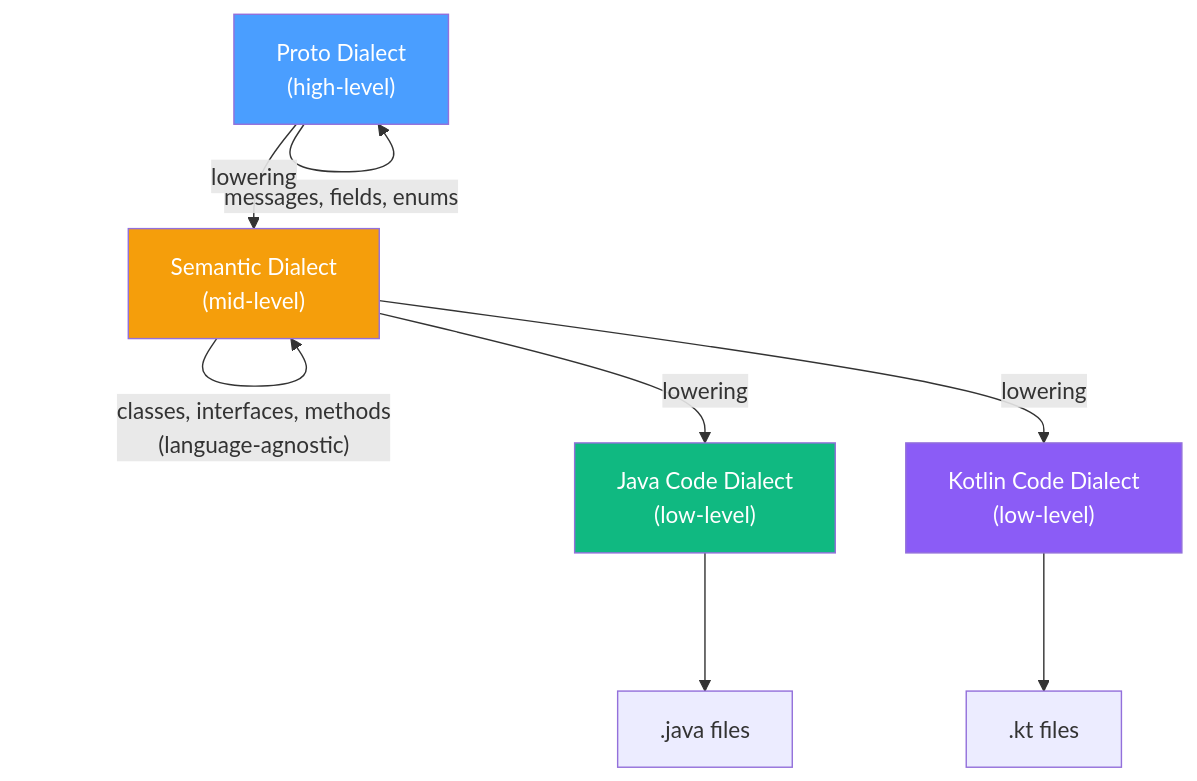
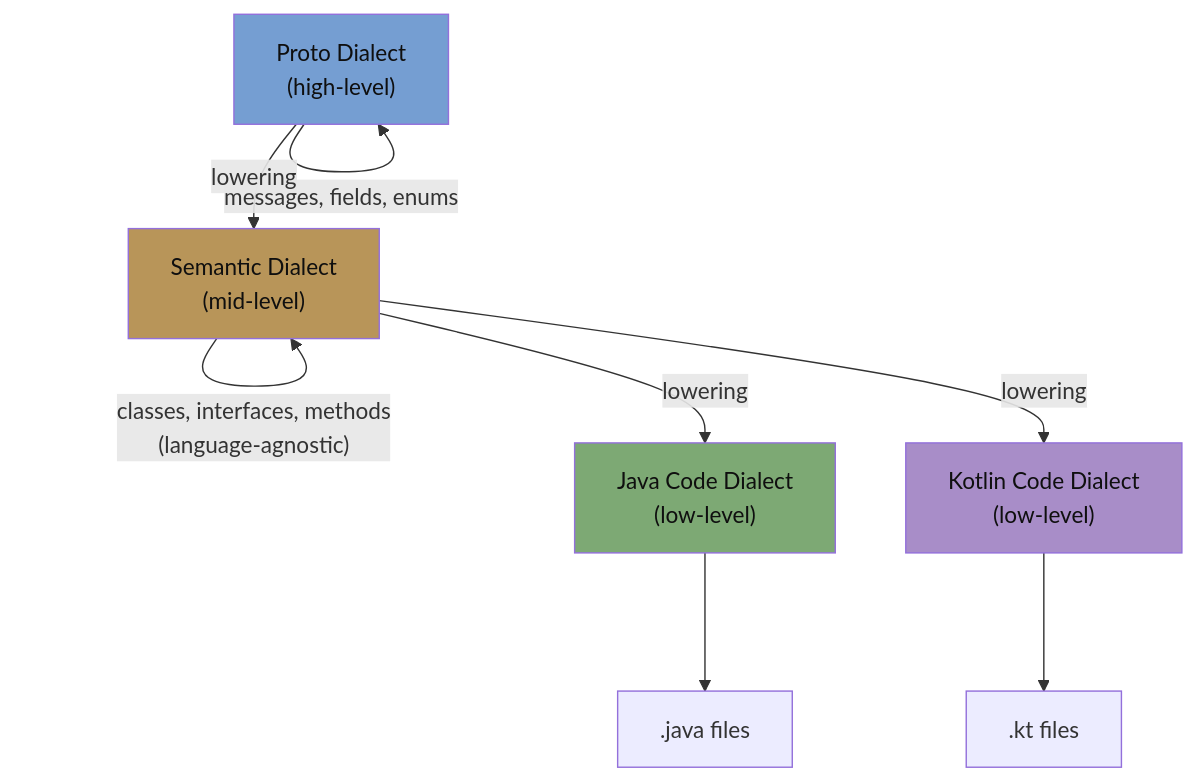
One commit to alnovis/nebula changed the second of 5 diagrams in content/blog/compiler-ideas-for-code-generation.md. Above: the diagram before and after it, drawn with Mermaid. The commit also changed other lines of this file and 4 other files, not shown here.

First line of the commit message:
feat(style): matched palette for diagram layers and the CDN page

````diff
--- a/content/blog/compiler-ideas-for-code-generation.md
+++ b/content/blog/compiler-ideas-for-code-generation.md
@@ -52,22 +52,22 @@
 ```mermaid
 flowchart TB
     P["Proto Dialect\n(high-level)"]
     S["Semantic Dialect\n(mid-level)"]
     JC["Java Code Dialect\n(low-level)"]
     KC["Kotlin Code Dialect\n(low-level)"]
     JF[".java files"]
     KF[".kt files"]
 
     P -- "messages, fields, enums" --> P
     P -- "lowering" --> S
     S -- "classes, interfaces, methods\n(language-agnostic)" --> S
     S -- "lowering" --> JC
     S -- "lowering" --> KC
     JC --> JF
     KC --> KF
 
-    style P fill:#4a9eff,color:#fff
-    style S fill:#f59e0b,color:#fff
-    style JC fill:#10b981,color:#fff
-    style KC fill:#8b5cf6,color:#fff
+    style P fill:#759ed2,color:#0f0f0f
+    style S fill:#b89559,color:#0f0f0f
+    style JC fill:#7da974,color:#0f0f0f
+    style KC fill:#a88dc8,color:#0f0f0f
 ```
````
